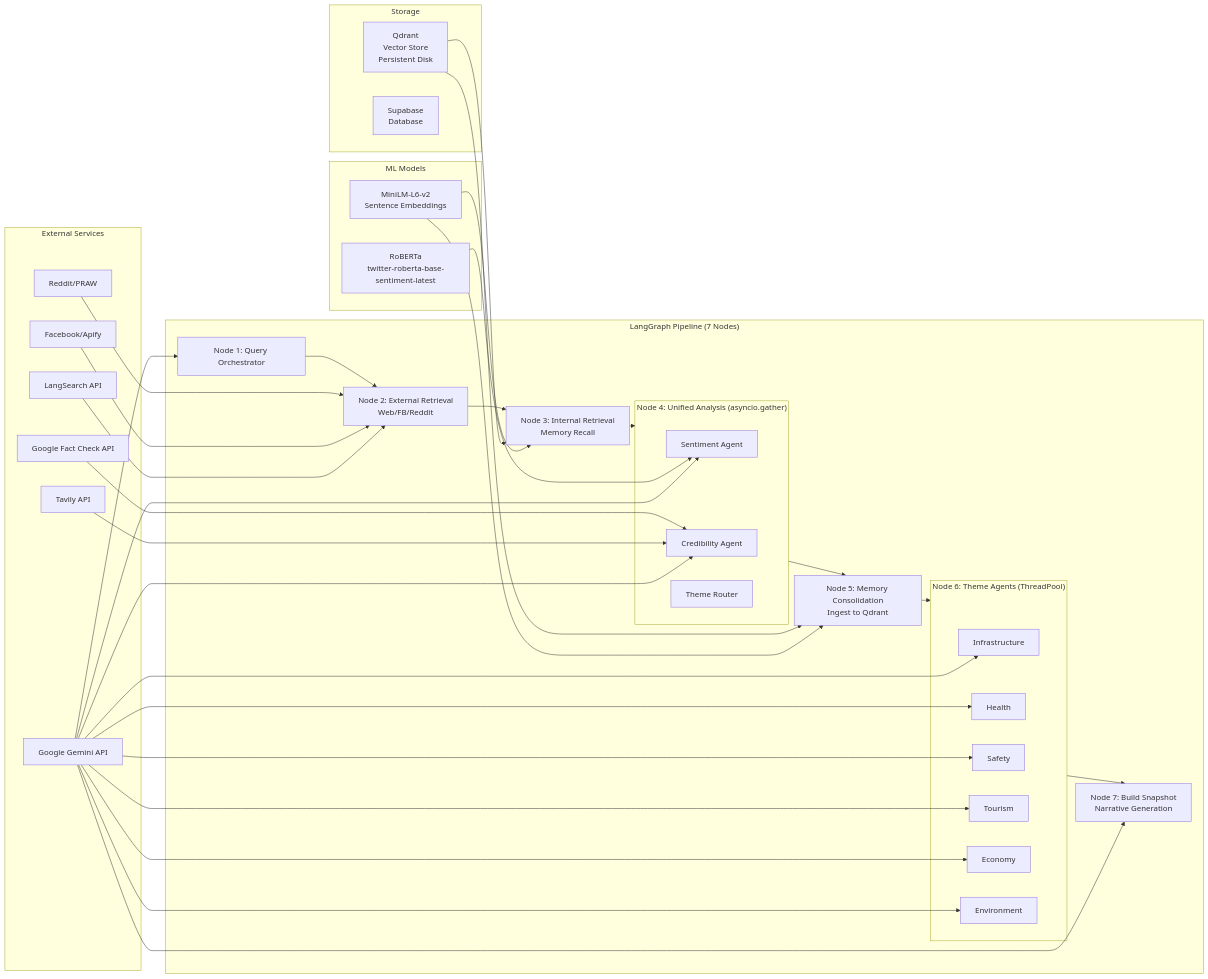
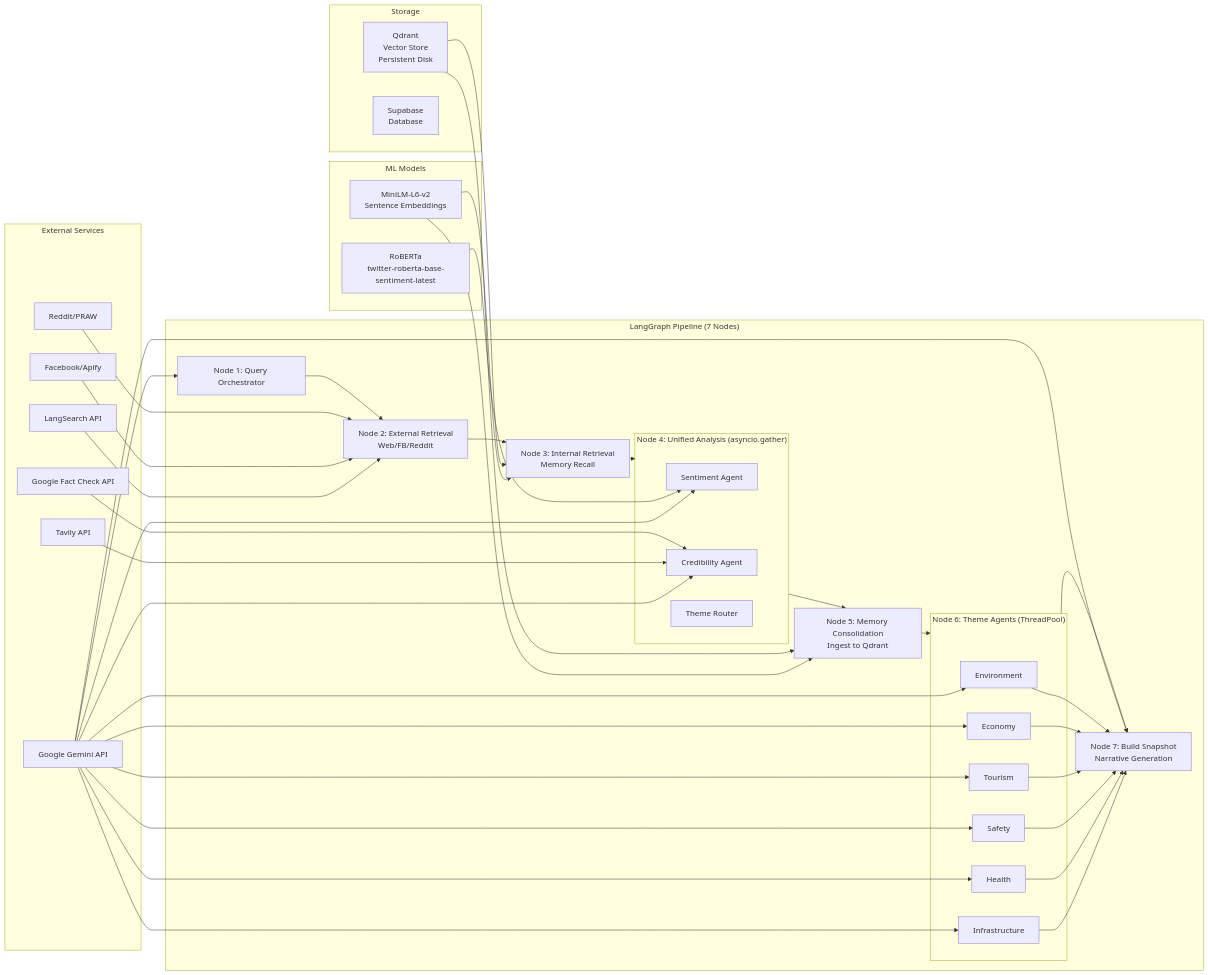
Before and after one commit to donyelqt/Hinaing: the third of 3 diagrams in docs/ARCHITECTURE.md, drawn with Mermaid. The commit also changed other lines of this file and 9 other files, not shown here.

````diff
--- a/docs/ARCHITECTURE.md
+++ b/docs/ARCHITECTURE.md
@@ -246,71 +247,73 @@
 ```mermaid
 graph LR
     subgraph External["External Services"]
         LS[LangSearch API]
         FB[Facebook/Apify]
         RD[Reddit/PRAW]
         GEMINI[Google Gemini API]
         TAVILY[Tavily API]
         GFACT[Google Fact Check API]
     end
 
     subgraph Models["ML Models"]
         ROBERTA[RoBERTa<br/>twitter-roberta-base-sentiment-latest]
         MINILM[MiniLM-L6-v2<br/>Sentence Embeddings]
     end
 
     subgraph Storage["Storage"]
         QDRANT[Qdrant<br/>Vector Store<br/>Persistent Disk]
         SUPA[Supabase<br/>Database]
     end
 
     subgraph LangGraphNodes["LangGraph Pipeline (7 Nodes)"]
         NODE1[Node 1: Query Orchestrator]
         NODE2[Node 2: External Retrieval<br/>Web/FB/Reddit]
         NODE3[Node 3: Internal Retrieval<br/>Memory Recall]
         
         subgraph NODE4["Node 4: Unified Analysis (asyncio.gather)"]
             SNA[Sentiment Agent]
             CRA[Credibility Agent]
             TRA[Theme Router]
         end
         
         NODE5[Node 5: Memory Consolidation<br/>Ingest to Qdrant]
         
         subgraph NODE6["Node 6: Theme Agents (ThreadPool)"]
             TH1[Infrastructure]
             TH2[Health]
             TH3[Safety]
             TH4[Tourism]
             TH5[Economy]
             TH6[Environment]
         end
         
         NODE7[Node 7: Build Snapshot<br/>Narrative Generation]
+        
+        TH1 & TH2 & TH3 & TH4 & TH5 & TH6 --> NODE7
     end
 
     %% External connections
     LS --> NODE2
     FB --> NODE2
     RD --> NODE2
     GEMINI --> NODE1
     GEMINI --> SNA
     GEMINI --> CRA
     GEMINI --> TH1 & TH2 & TH3 & TH4 & TH5 & TH6
     GEMINI --> NODE7
     TAVILY --> CRA
     GFACT --> CRA
     ROBERTA --> SNA
     MINILM --> NODE3
     MINILM --> NODE5
     QDRANT --> NODE3
     QDRANT --> NODE5
 
     %% Pipeline flow
     NODE1 --> NODE2
     NODE2 --> NODE3
     NODE3 --> NODE4
     NODE4 --> NODE5
     NODE5 --> NODE6
     NODE6 --> NODE7
 ```
````
